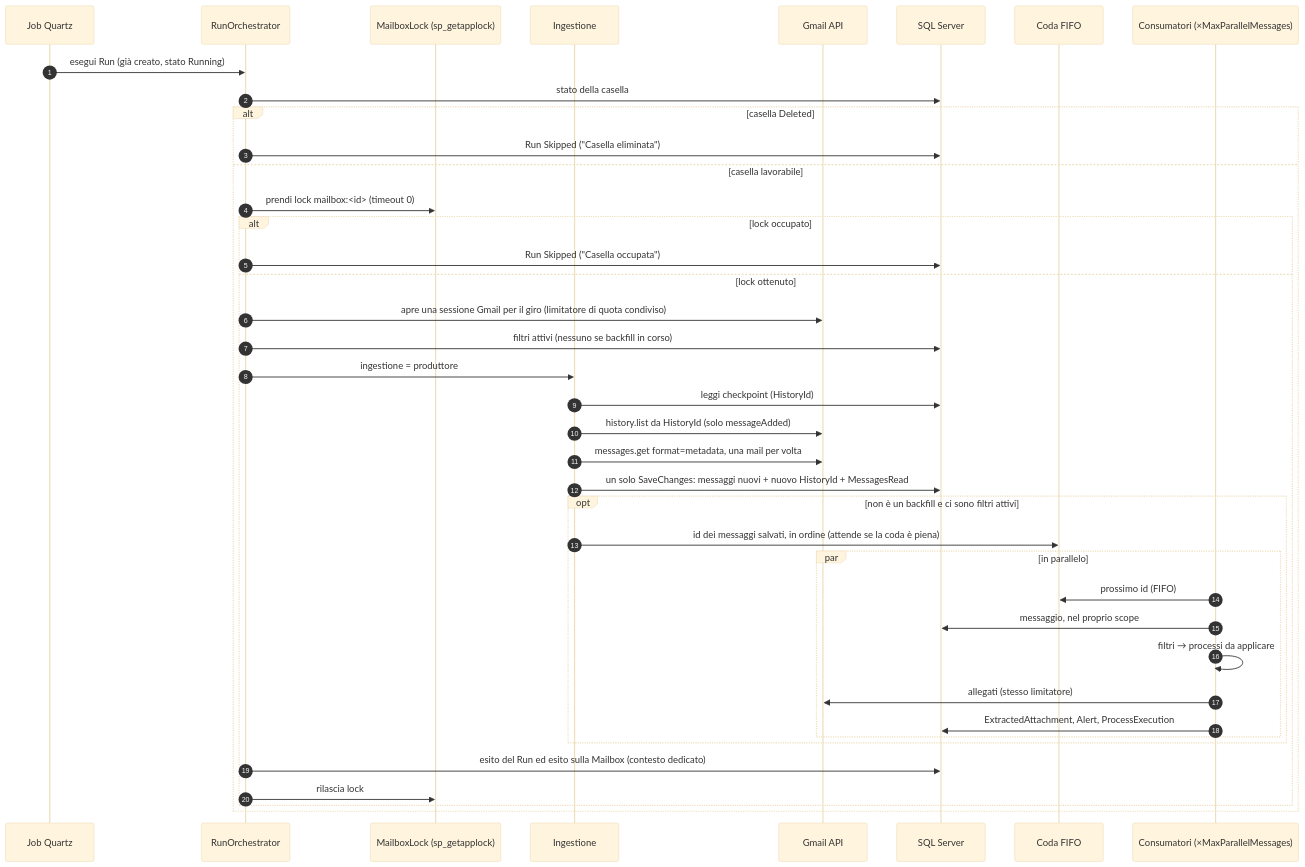
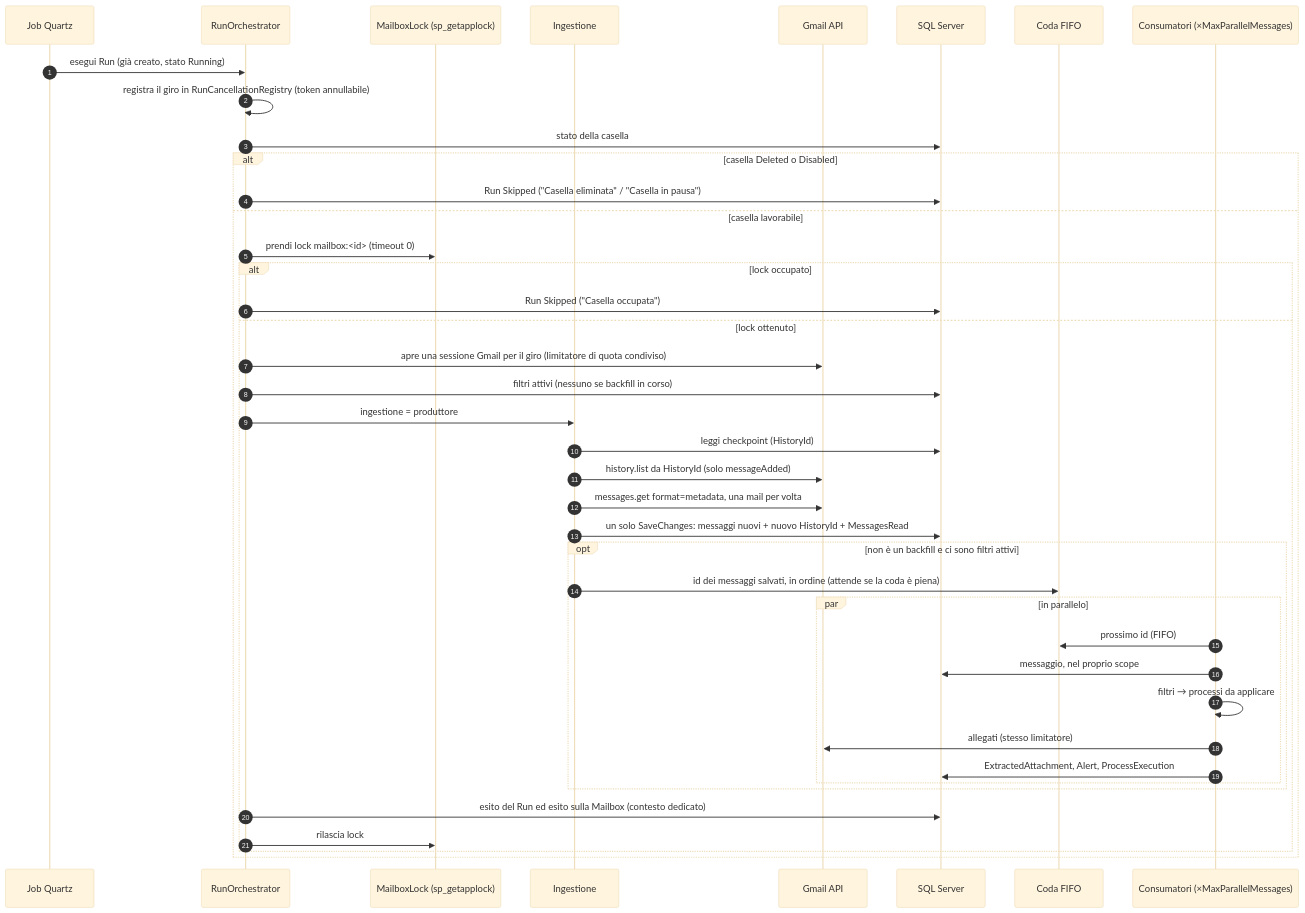
The second of 5 diagrams in docs/architettura.md (davraf-amuro/dr-mailroom), drawn with Mermaid (base theme) before and after one commit. The commit also changed other lines of this file and 25 other files, not shown here.

First line of the commit message:
feat: endpoint stop giri e pausa casella

````diff
--- a/docs/architettura.md
+++ b/docs/architettura.md
@@ -153,43 +154,44 @@
 ```mermaid
 sequenceDiagram
     autonumber
     participant J as Job Quartz
     participant O as RunOrchestrator
     participant L as MailboxLock (sp_getapplock)
     participant I as Ingestione
     participant G as Gmail API
     participant DB as SQL Server
     participant Q as Coda FIFO
     participant C as Consumatori (×MaxParallelMessages)
 
     J->>O: esegui Run (già creato, stato Running)
+    O->>O: registra il giro in RunCancellationRegistry (token annullabile)
     O->>DB: stato della casella
-    alt casella Deleted
-        O->>DB: Run Skipped ("Casella eliminata")
+    alt casella Deleted o Disabled
+        O->>DB: Run Skipped ("Casella eliminata" / "Casella in pausa")
     else casella lavorabile
         O->>L: prendi lock mailbox:<id> (timeout 0)
         alt lock occupato
             O->>DB: Run Skipped ("Casella occupata")
         else lock ottenuto
             O->>G: apre una sessione Gmail per il giro (limitatore di quota condiviso)
             O->>DB: filtri attivi (nessuno se backfill in corso)
             O->>I: ingestione = produttore
             I->>DB: leggi checkpoint (HistoryId)
             I->>G: history.list da HistoryId (solo messageAdded)
             I->>G: messages.get format=metadata, una mail per volta
             I->>DB: un solo SaveChanges: messaggi nuovi + nuovo HistoryId + MessagesRead
             opt non è un backfill e ci sono filtri attivi
                 I->>Q: id dei messaggi salvati, in ordine (attende se la coda è piena)
                 par in parallelo
                     C->>Q: prossimo id (FIFO)
                     C->>DB: messaggio, nel proprio scope
                     C->>C: filtri → processi da applicare
                     C->>G: allegati (stesso limitatore)
                     C->>DB: ExtractedAttachment, Alert, ProcessExecution
                 end
             end
             O->>DB: esito del Run ed esito sulla Mailbox (contesto dedicato)
             O->>L: rilascia lock
         end
     end
 ```
````
